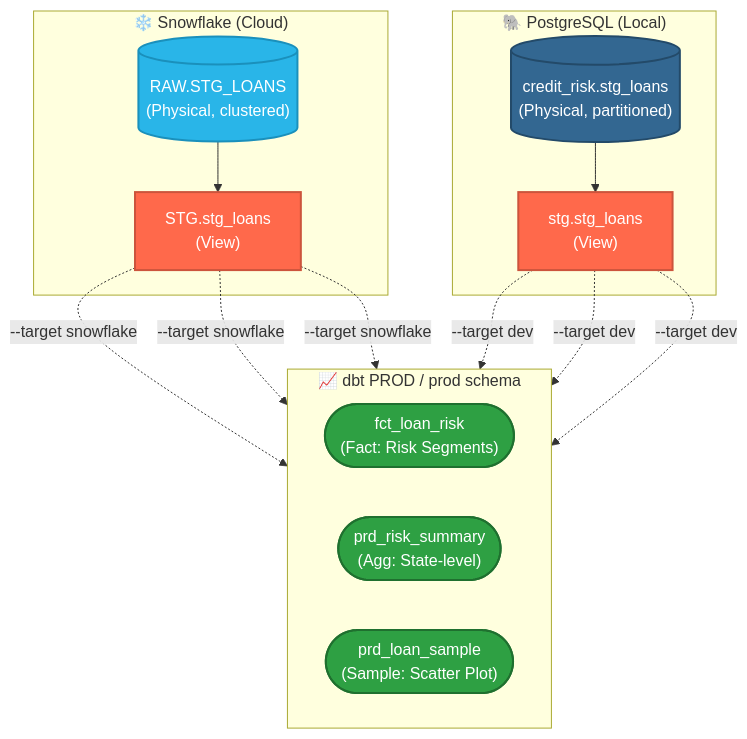
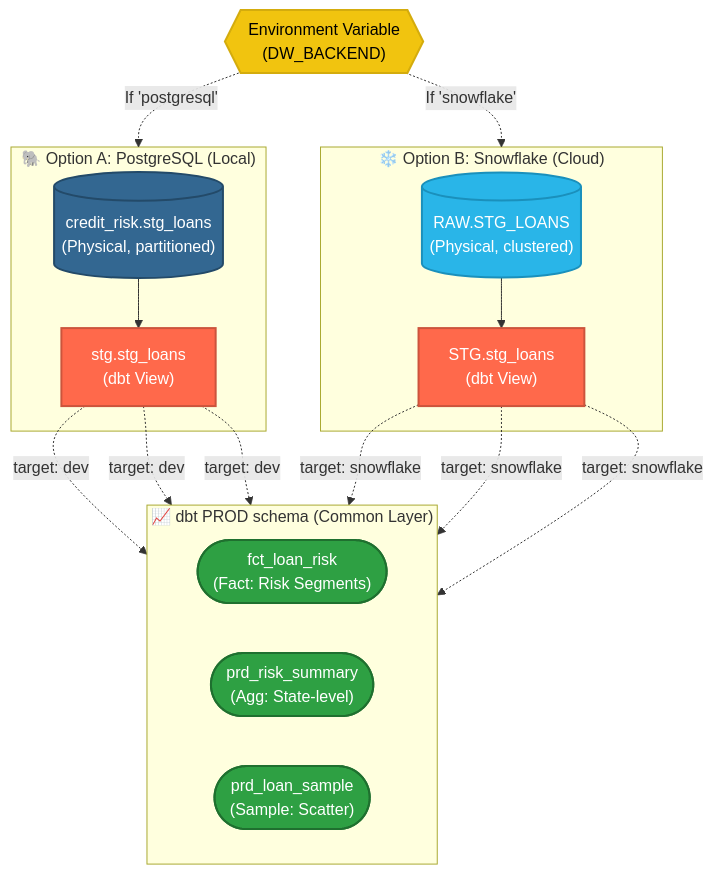
Before and after one commit to lamsaoco/credit-risk-monitoring-pipeline: the second of 2 diagrams in README.md, drawn with Mermaid. The commit also changed other lines of this file, not shown here.

Commit message:
Update readme file

````diff
--- a/README.md
+++ b/README.md
@@ -275,35 +284,43 @@
 ```mermaid
 flowchart TD
-    subgraph SF_DB ["❄️ Snowflake (Cloud)"]
+    %% Decision point
+    Switch{{"Environment Variable<br>(DW_BACKEND)"}}
+
+    subgraph PG_DB ["🐘 Option A: PostgreSQL (Local)"]
+        PG_RAW[("credit_risk.stg_loans<br>(Physical, partitioned)")]
+        PG_STG["stg.stg_loans<br>(dbt View)"]
+        PG_RAW --> PG_STG
+    end
+
+    subgraph SF_DB ["❄️ Option B: Snowflake (Cloud)"]
         SF_RAW[("RAW.STG_LOANS<br>(Physical, clustered)")]
-        SF_STG["STG.stg_loans<br>(View)"]
+        SF_STG["STG.stg_loans<br>(dbt View)"]
         SF_RAW --> SF_STG
     end
 
-    subgraph PG_DB ["🐘 PostgreSQL (Local)"]
-        PG_RAW[("credit_risk.stg_loans<br>(Physical, partitioned)")]
-        PG_STG["stg.stg_loans<br>(View)"]
-        PG_RAW --> PG_STG
-    end
+    Switch -. "If 'postgresql'" .-> PG_DB
+    Switch -. "If 'snowflake'" .-> SF_DB
 
-    subgraph Prod_DB ["📈 dbt PROD / prod schema"]
+    subgraph Prod_DB ["📈 dbt PROD schema (Common Layer)"]
         direction LR
         FCT(["fct_loan_risk<br>(Fact: Risk Segments)"])
         SUM(["prd_risk_summary<br>(Agg: State-level)"])
-        SAMP(["prd_loan_sample<br>(Sample: Scatter Plot)"])
+        SAMP(["prd_loan_sample<br>(Sample: Scatter)"])
     end
 
-    SF_STG -.->|--target snowflake| FCT & SUM & SAMP
-    PG_STG -.->|--target dev| FCT & SUM & SAMP
+    PG_STG -.->|target: dev| FCT & SUM & SAMP
+    SF_STG -.->|target: snowflake| FCT & SUM & SAMP
 
     %% Styling
     classDef sf fill:#29B5E8,color:#fff,stroke:#1a90bc,stroke-width:2px;
     classDef pg fill:#336791,color:#fff,stroke:#234a69,stroke-width:2px;
     classDef stg fill:#FF694B,color:#fff,stroke:#cc543c,stroke-width:2px;
     classDef prod fill:#2EA043,color:#fff,stroke:#1f702f,stroke-width:2px,rx:10px,ry:10px;
+    classDef choice fill:#f1c40f,color:#000,stroke:#d4ac0d,stroke-width:2px;
 
     class SF_RAW sf;
     class PG_RAW pg;
     class SF_STG,PG_STG stg;
     class FCT,SUM,SAMP prod;
+    class Switch choice;
 ```
````
